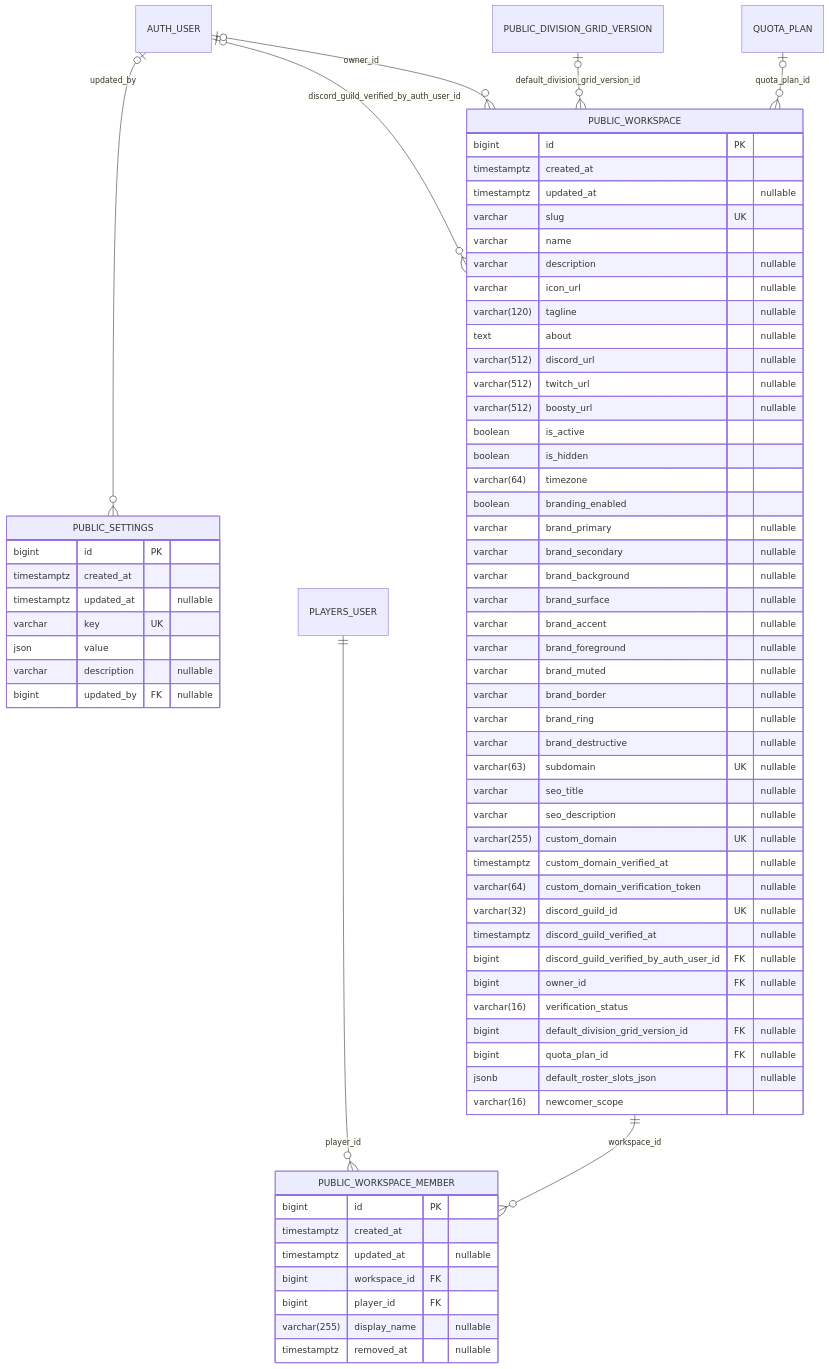
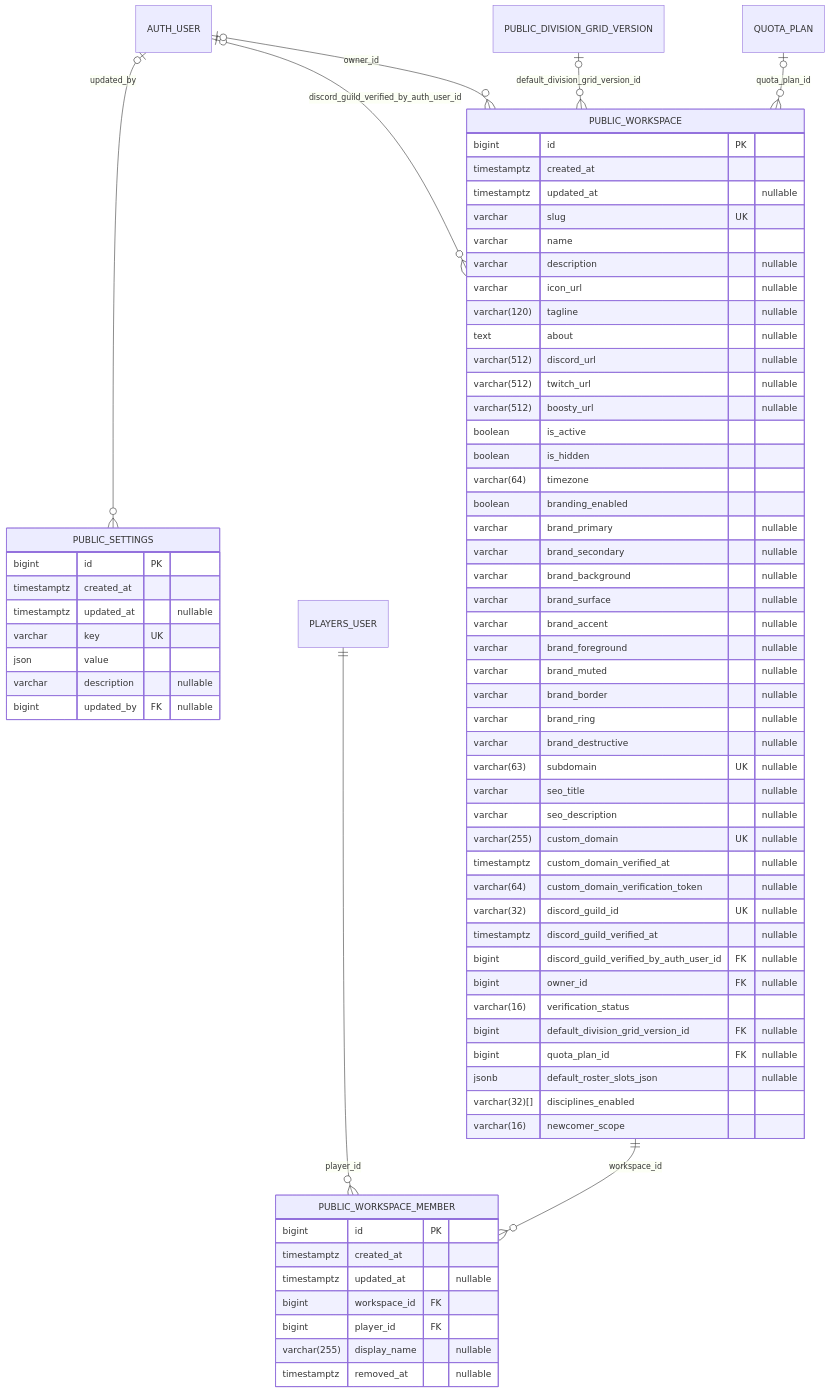
Before and after one commit to CraazzzyyFoxx/anak-tournaments: the third of 20 diagrams in docs/database_erd.md, drawn with Mermaid. The commit also changed other lines of this file and 45 other files, not shown here.

````diff
--- a/docs/database_erd.md
+++ b/docs/database_erd.md
@@ -417,72 +417,73 @@
 ```mermaid
 erDiagram
     PUBLIC_SETTINGS {
         bigint id PK
         timestamptz created_at
         timestamptz updated_at "nullable"
         varchar key UK
         json value
         varchar description "nullable"
         bigint updated_by FK "nullable"
     }
     PUBLIC_WORKSPACE {
         bigint id PK
         timestamptz created_at
         timestamptz updated_at "nullable"
         varchar slug UK
         varchar name
         varchar description "nullable"
         varchar icon_url "nullable"
         varchar(120) tagline "nullable"
         text about "nullable"
         varchar(512) discord_url "nullable"
         varchar(512) twitch_url "nullable"
         varchar(512) boosty_url "nullable"
         boolean is_active
         boolean is_hidden
         varchar(64) timezone
         boolean branding_enabled
         varchar brand_primary "nullable"
         varchar brand_secondary "nullable"
         varchar brand_background "nullable"
         varchar brand_surface "nullable"
         varchar brand_accent "nullable"
         varchar brand_foreground "nullable"
         varchar brand_muted "nullable"
         varchar brand_border "nullable"
         varchar brand_ring "nullable"
         varchar brand_destructive "nullable"
         varchar(63) subdomain UK "nullable"
         varchar seo_title "nullable"
         varchar seo_description "nullable"
         varchar(255) custom_domain UK "nullable"
         timestamptz custom_domain_verified_at "nullable"
         varchar(64) custom_domain_verification_token "nullable"
         varchar(32) discord_guild_id UK "nullable"
         timestamptz discord_guild_verified_at "nullable"
         bigint discord_guild_verified_by_auth_user_id FK "nullable"
         bigint owner_id FK "nullable"
         varchar(16) verification_status
         bigint default_division_grid_version_id FK "nullable"
         bigint quota_plan_id FK "nullable"
         jsonb default_roster_slots_json "nullable"
+        varchar(32)[] disciplines_enabled
         varchar(16) newcomer_scope
     }
     PUBLIC_WORKSPACE_MEMBER {
         bigint id PK
         timestamptz created_at
         timestamptz updated_at "nullable"
         bigint workspace_id FK
         bigint player_id FK
         varchar(255) display_name "nullable"
         timestamptz removed_at "nullable"
     }
 
     AUTH_USER |o--o{ PUBLIC_SETTINGS : "updated_by"
     AUTH_USER |o--o{ PUBLIC_WORKSPACE : "discord_guild_verified_by_auth_user_id"
     AUTH_USER |o--o{ PUBLIC_WORKSPACE : "owner_id"
     PLAYERS_USER ||--o{ PUBLIC_WORKSPACE_MEMBER : "player_id"
     PUBLIC_DIVISION_GRID_VERSION |o--o{ PUBLIC_WORKSPACE : "default_division_grid_version_id"
     PUBLIC_WORKSPACE ||--o{ PUBLIC_WORKSPACE_MEMBER : "workspace_id"
     QUOTA_PLAN |o--o{ PUBLIC_WORKSPACE : "quota_plan_id"
 ```
````
